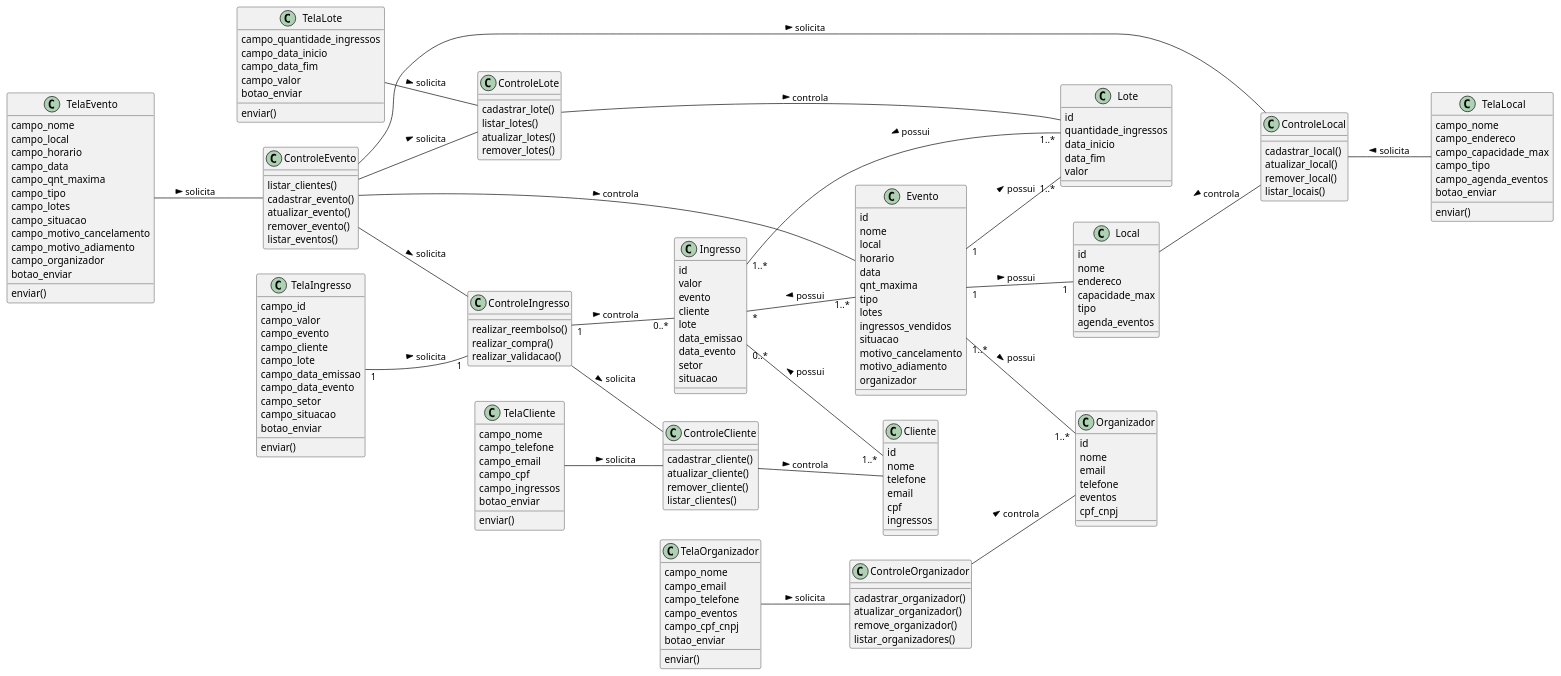
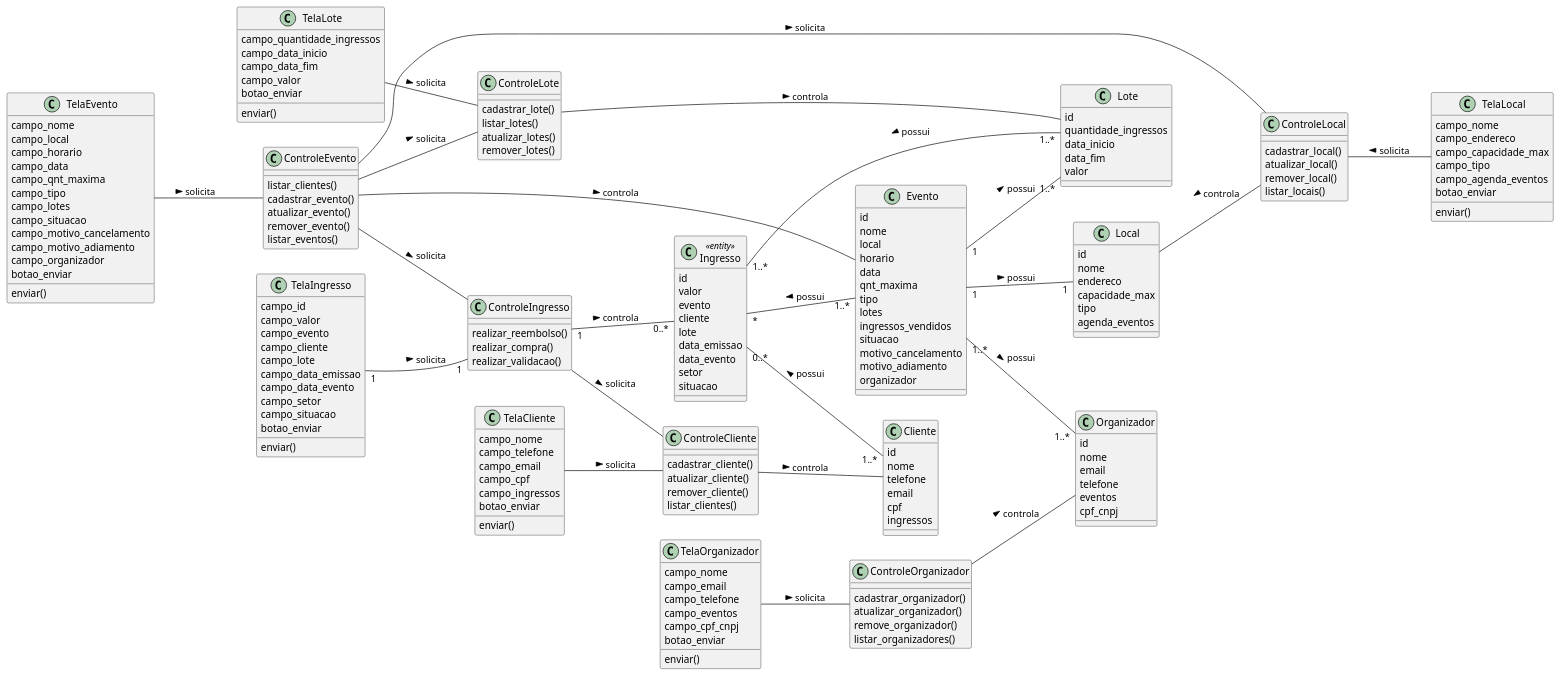
The diagram in ingressos/modelo_classes.iuml (FerdinandChagas/uml_examples), drawn with PlantUML before and after one commit. The commit also changed 4 other files, not shown here.

```diff
--- a/ingressos/modelo_classes.iuml
+++ b/ingressos/modelo_classes.iuml
@@ -1,7 +1,7 @@
 @startuml
 left to right direction
 
-class Ingresso{
+class Ingresso <<entity>>{
     id
     valor
     evento
```
